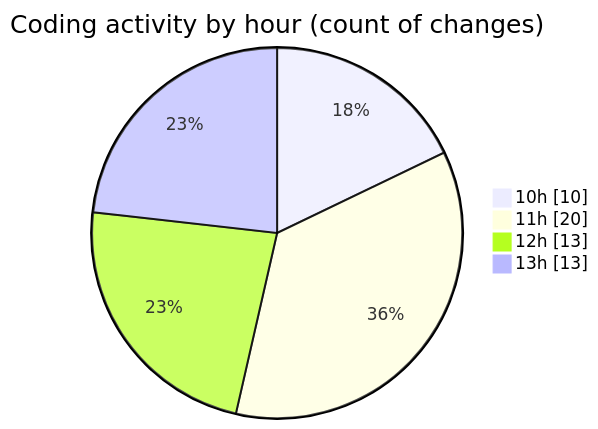
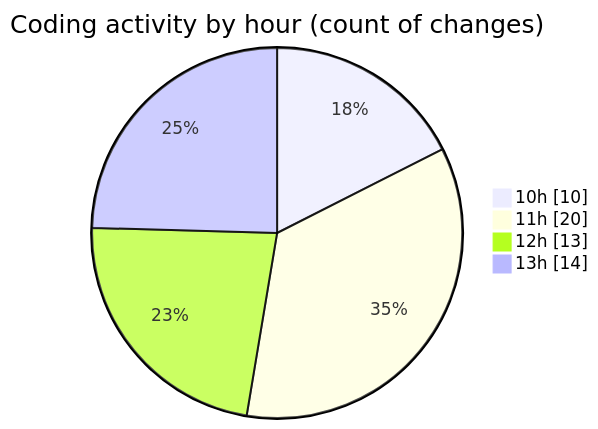
Before and after one commit to BS-eng2023/code-tracking: the second of 2 diagrams in 2025-03-31/jsvms/README.md, drawn with Mermaid. The commit also changed other lines of this file and 1 other file, not shown here.

````diff
--- a/2025-03-31/jsvms/README.md
+++ b/2025-03-31/jsvms/README.md
@@ -49,8 +49,8 @@
 ```mermaid
 pie showData
 title Coding activity by hour (count of changes)
 "10h" : 10
 "11h" : 20
 "12h" : 13
-"13h" : 13
+"13h" : 14
 ```
````
